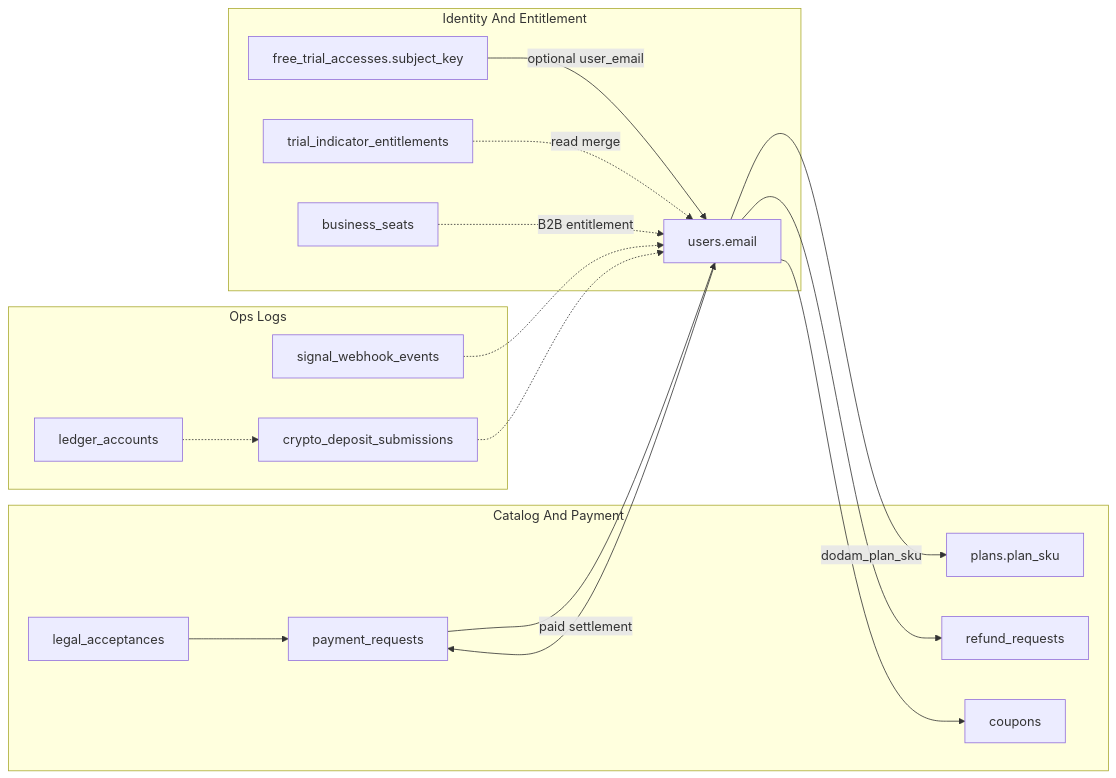
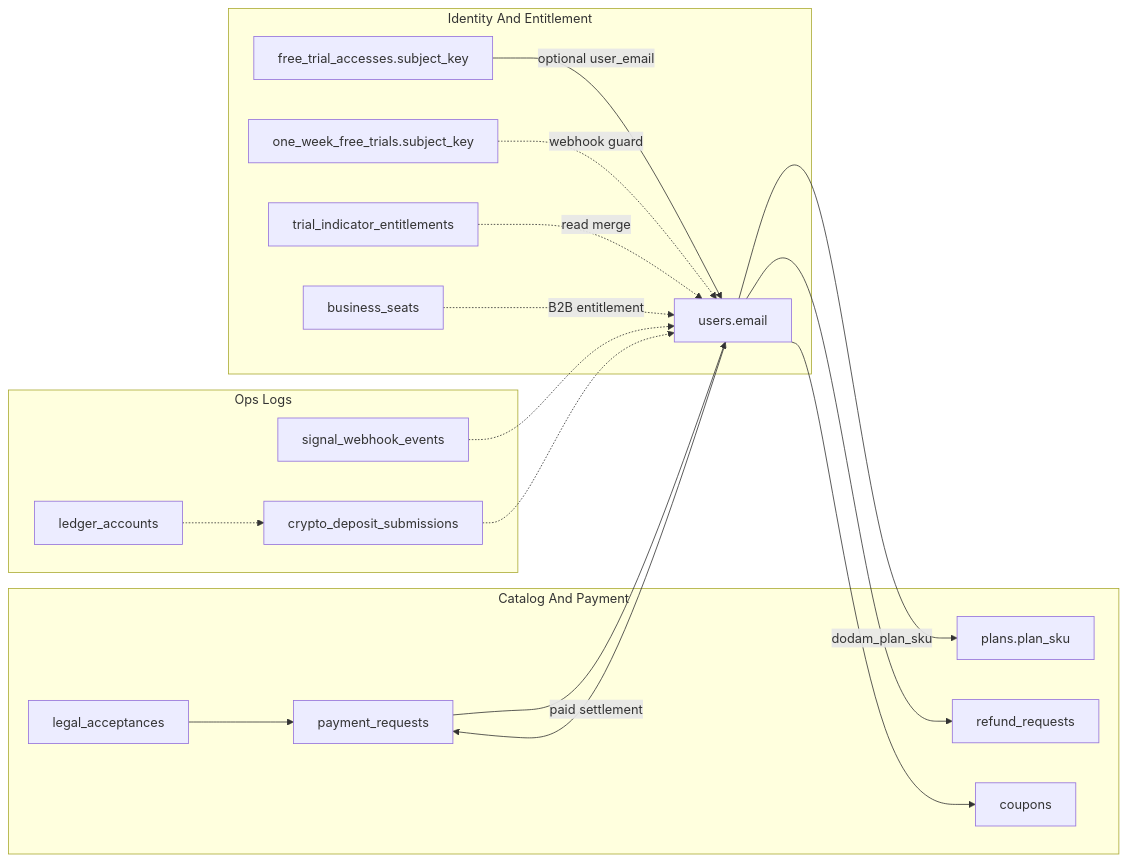
The diagram in docs/GEMINI-MONGODB-BRIEFING.md (gjg00000-arch/happyinvest-site), drawn with Mermaid before and after one commit. The commit also changed other lines of this file and 11 other files, not shown here.

````diff
--- a/docs/GEMINI-MONGODB-BRIEFING.md
+++ b/docs/GEMINI-MONGODB-BRIEFING.md
@@ -86,36 +92,38 @@
 ```mermaid
 flowchart LR
   subgraph commerce [Catalog And Payment]
     plans["plans.plan_sku"]
     paymentRequests["payment_requests"]
     legalAcceptances["legal_acceptances"]
     refunds["refund_requests"]
     coupons["coupons"]
   end
 
   subgraph identity [Identity And Entitlement]
     users["users.email"]
     freeTrial["free_trial_accesses.subject_key"]
+    oneWeek["one_week_free_trials.subject_key"]
     legacyEnt["trial_indicator_entitlements"]
     seats["business_seats"]
   end
 
   subgraph ops [Ops Logs]
     signals["signal_webhook_events"]
     crypto["crypto_deposit_submissions"]
     ledger["ledger_accounts"]
   end
 
   users -->|"dodam_plan_sku"| plans
   users --> paymentRequests
   legalAcceptances --> paymentRequests
   paymentRequests -->|"paid settlement"| users
   users --> refunds
   users --> coupons
   freeTrial -->|"optional user_email"| users
+  oneWeek -.->|"webhook guard"| users
   legacyEnt -.->|"read merge"| users
   seats -.->|"B2B entitlement"| users
   signals -.-> users
   crypto -.-> users
   ledger -.-> crypto
 ```
````
